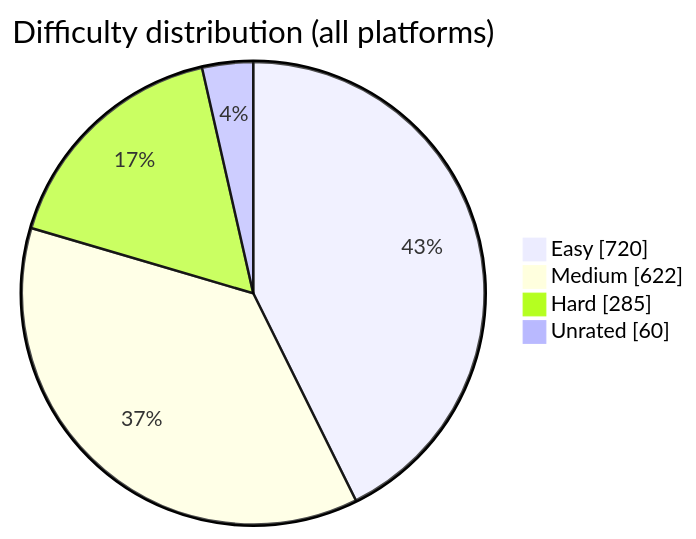
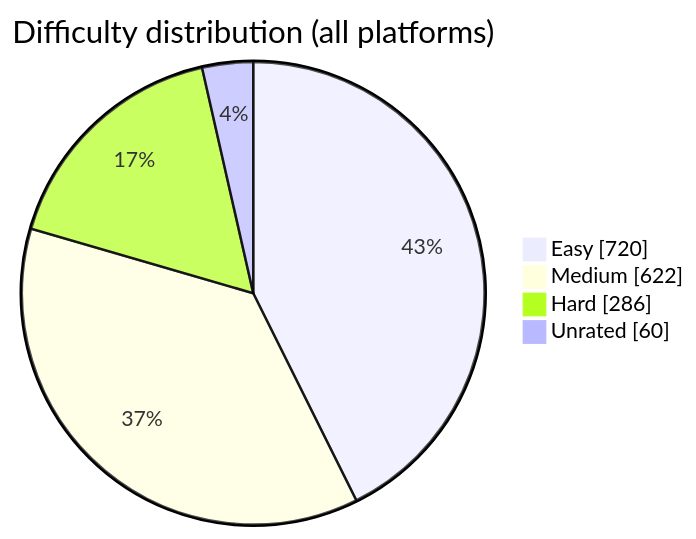
One commit to BuildbyArindam/Daily-Coding-Log changed the diagram in README.md. Above: the diagram before and after it, drawn with Mermaid. The commit also changed other lines of this file, not shown here.

````diff
--- a/README.md
+++ b/README.md
@@ -93,7 +93,7 @@
 ```mermaid
 pie showData title Difficulty distribution (all platforms)
     "Easy" : 720
     "Medium" : 622
-    "Hard" : 285
+    "Hard" : 286
     "Unrated" : 60
 ```
````
